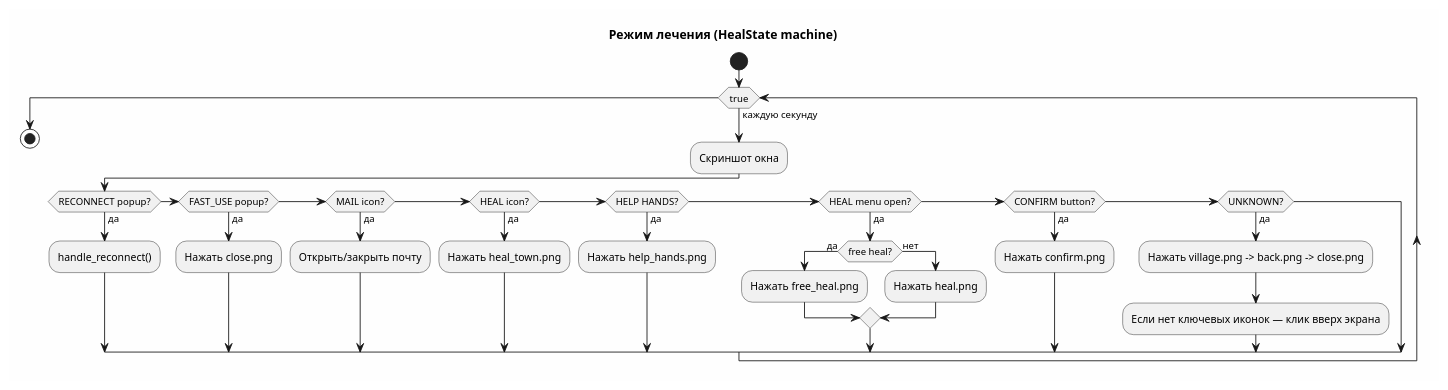
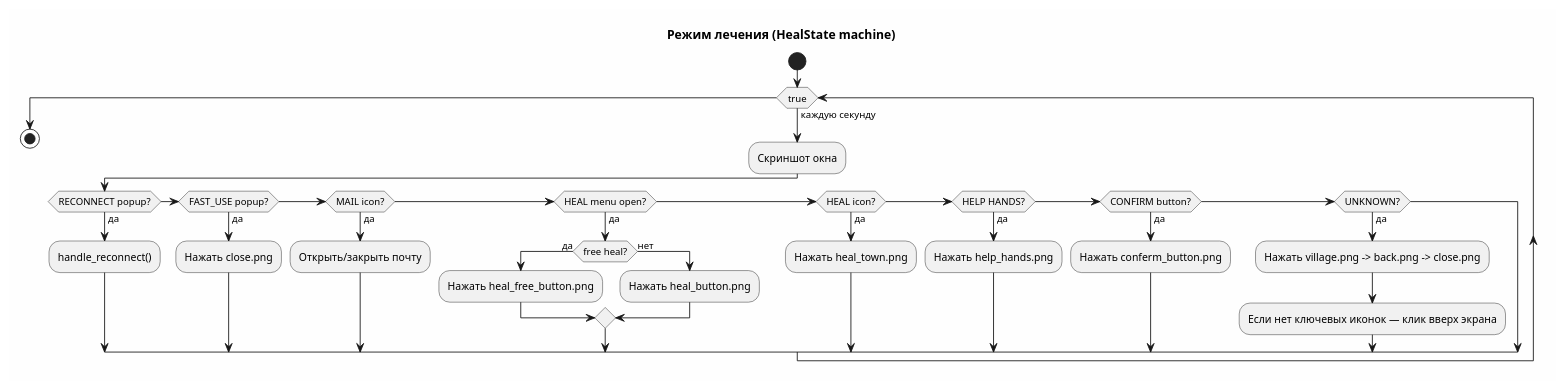
One commit to Skoromolov/TilesSurvive changed the first of 5 diagrams in README.md. Above: the diagram before and after it, drawn with PlantUML. The commit also changed other lines of this file and 8 other files, not shown here.

Commit message:
fix: correct README.md to click only events.png for opening events (book.png is for collecting resources in heal mode)

````diff
--- a/README.md
+++ b/README.md
@@ -162,38 +171,38 @@
 ```plantuml
 @startuml
 skinparam backgroundColor #FEFEFE
 title Режим лечения (HealState machine)
 
 start
 
 while (true) is (каждую секунду)
   :Скриншот окна;
 
   if (RECONNECT popup?) then (да)
     :handle_reconnect();
   elseif (FAST_USE popup?) then (да)
     :Нажать close.png;
   elseif (MAIL icon?) then (да)
     :Открыть/закрыть почту;
+  elseif (HEAL menu open?) then (да)
+    if (free heal?) then (да)
+      :Нажать heal_free_button.png;
+    else (нет)
+      :Нажать heal_button.png;
+    endif
   elseif (HEAL icon?) then (да)
     :Нажать heal_town.png;
   elseif (HELP HANDS?) then (да)
     :Нажать help_hands.png;
-  elseif (HEAL menu open?) then (да)
-    if (free heal?) then (да)
-      :Нажать free_heal.png;
-    else (нет)
-      :Нажать heal.png;
-    endif
   elseif (CONFIRM button?) then (да)
-    :Нажать confirm.png;
+    :Нажать conferm_button.png;
   elseif (UNKNOWN?) then (да)
     :Нажать village.png -> back.png -> close.png;
     :Если нет ключевых иконок — клик вверх экрана;
   endif
 endwhile
 
 stop
 
 @enduml
 ```
````
